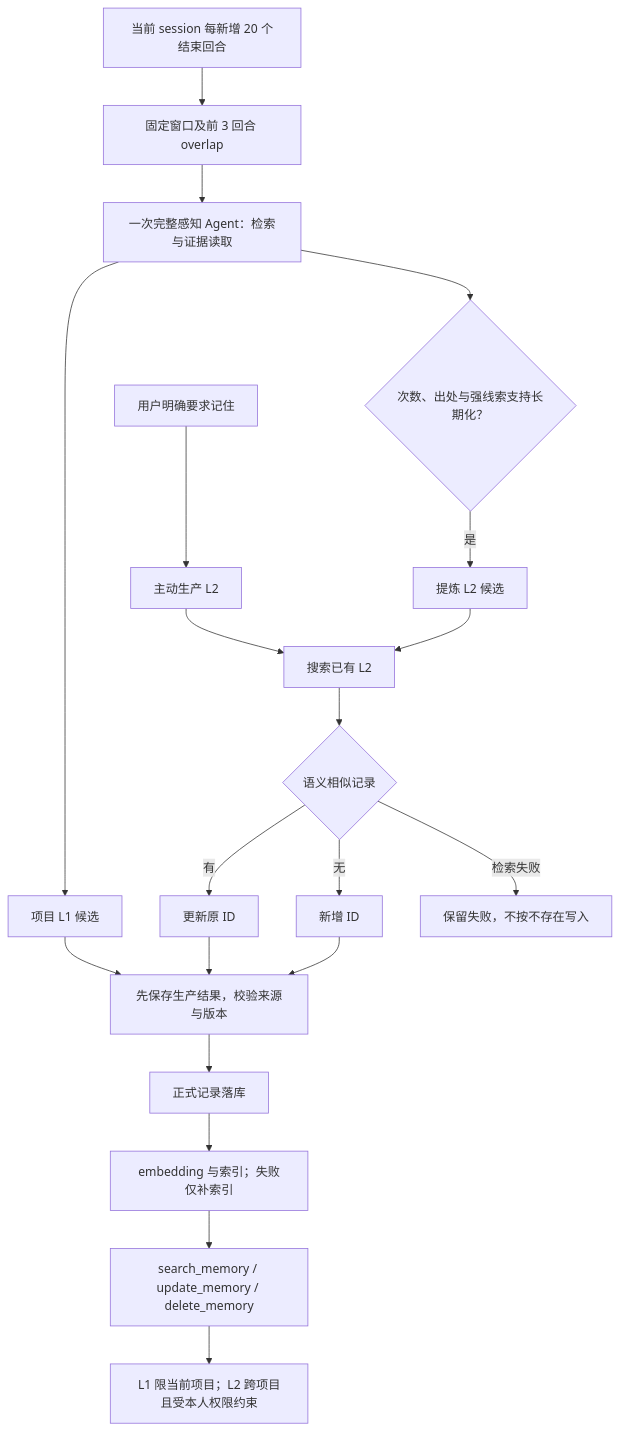
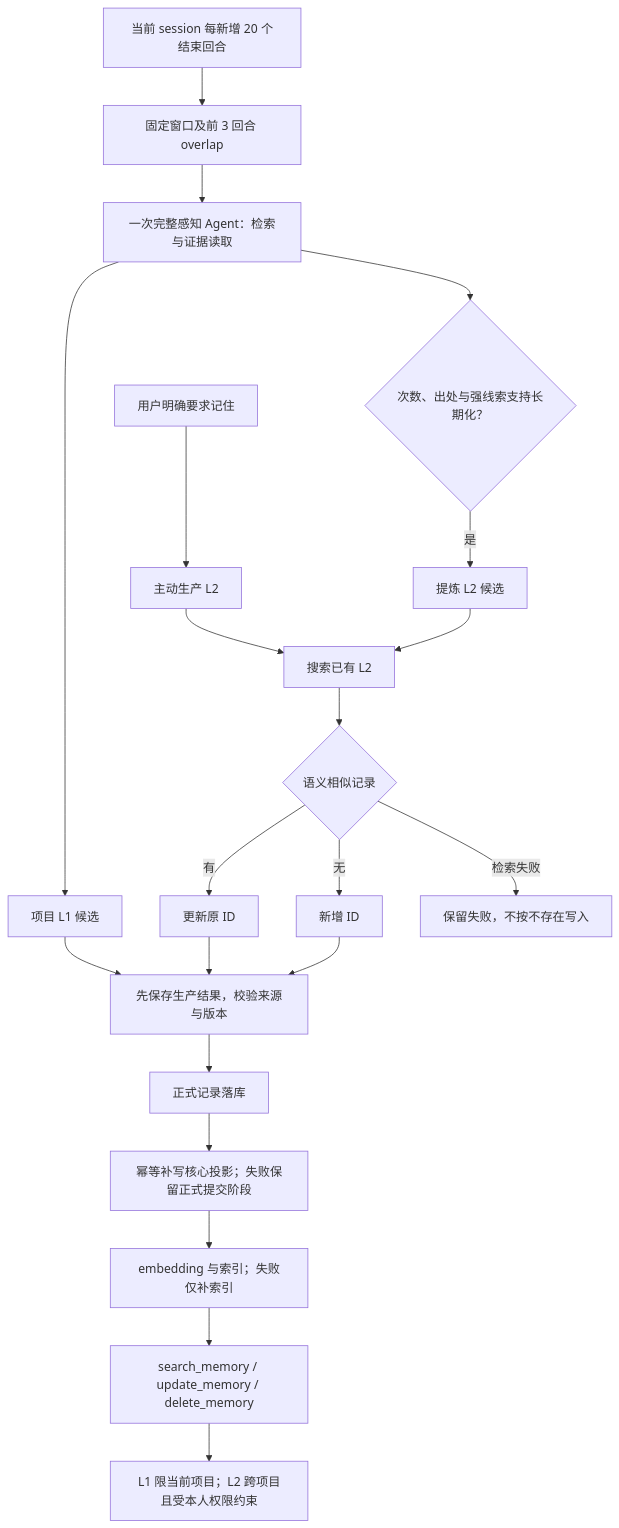
One commit to Tian-ye1214/RedLotus changed the second of 2 diagrams in docs/design.md. Above: the diagram before and after it, drawn with Mermaid. The commit also changed other lines of this file and 7 other files, not shown here.

````diff
--- a/docs/design.md
+++ b/docs/design.md
@@ -165,22 +165,23 @@
 ```mermaid
 flowchart TD
     U["用户明确要求记住"] --> P["主动生产 L2"]
     T["当前 session 每新增 20 个结束回合"] --> W["固定窗口及前 3 回合 overlap"]
     W --> A["一次完整感知 Agent：检索与证据读取"]
     A --> L1["项目 L1 候选"]
     A --> C{"次数、出处与强线索支持长期化？"}
     C -->|是| L2["提炼 L2 候选"]
     P --> S["搜索已有 L2"]
     L2 --> S
     S --> D{"语义相似记录"}
     D -->|有| UP["更新原 ID"]
     D -->|无| IN["新增 ID"]
     D -->|检索失败| E["保留失败，不按不存在写入"]
     L1 --> R["先保存生产结果，校验来源与版本"]
     UP --> R
     IN --> R
     R --> DB["正式记录落库"]
-    DB --> IX["embedding 与索引；失败仅补索引"]
+    DB --> CP["幂等补写核心投影；失败保留正式提交阶段"]
+    CP --> IX["embedding 与索引；失败仅补索引"]
     IX --> READ["search_memory / update_memory / delete_memory"]
     READ --> B["L1 限当前项目；L2 跨项目且受本人权限约束"]
 ```
````
